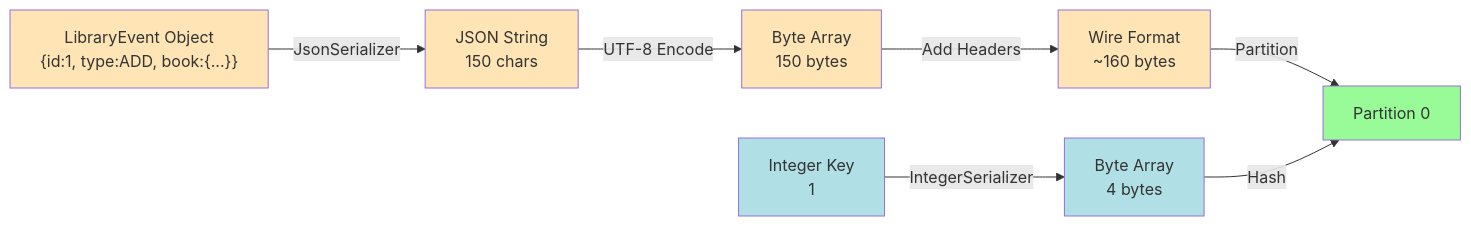
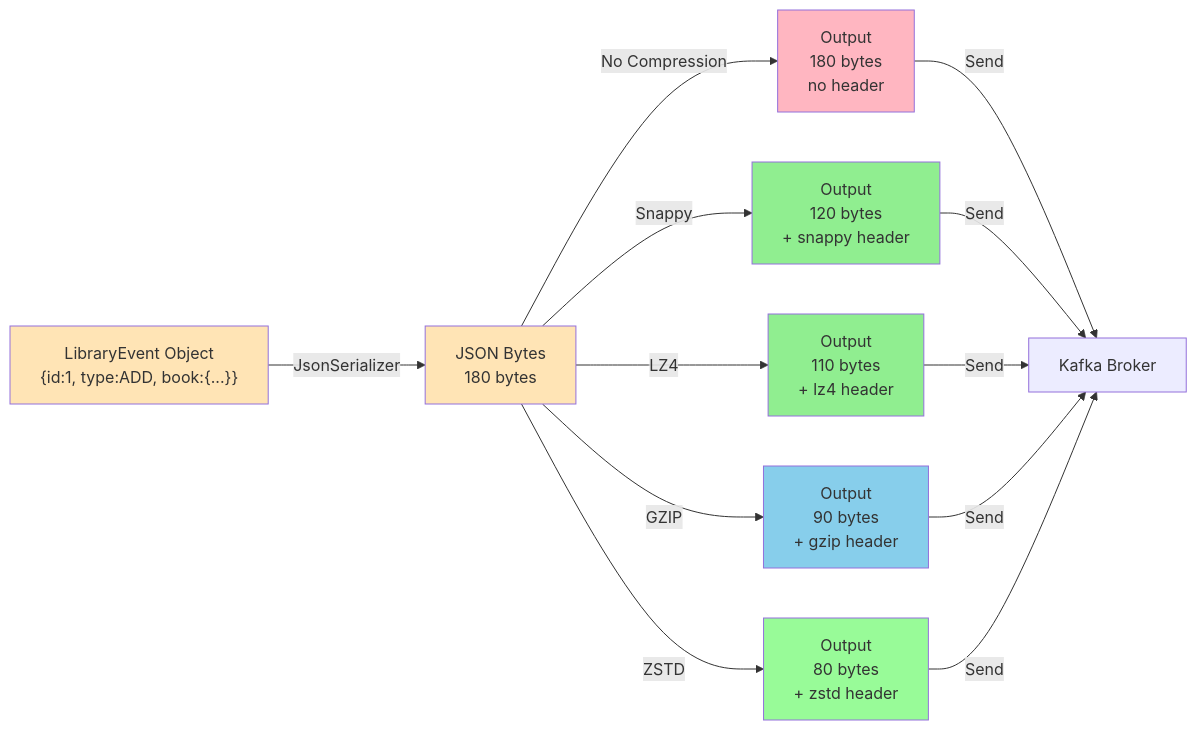
The ninth of 18 diagrams in library-events-producer-v2/docs/4_KAFKA_TEMPLATE_GUIDE.md (dilipsundarraj1/kafka-for-developers-using-spring-boot-v2), drawn with Mermaid before and after one commit. The commit also changed other lines of this file and 2 other files, not shown here.

Commit message:
feat: update project name to library-events-consumer-v2 and add Kafka error handling documentation

````diff
--- a/library-events-producer-v2/docs/4_KAFKA_TEMPLATE_GUIDE.md
+++ b/library-events-producer-v2/docs/4_KAFKA_TEMPLATE_GUIDE.md
@@ -1669,19 +1933,24 @@
 ```mermaid
 graph LR
-    A["LibraryEvent Object<br/>{id:1, type:ADD, book:{...}}"] -->|JsonSerializer| B["JSON String<br/>150 chars"]
-    B -->|UTF-8 Encode| C["Byte Array<br/>150 bytes"]
-    C -->|Add Headers| D["Wire Format<br/>~160 bytes"]
+    A["LibraryEvent Object<br/>{id:1, type:ADD, book:{...}}"] -->|JsonSerializer| B["JSON Bytes<br/>180 bytes"]
+    B -->|No Compression| C1["Output<br/>180 bytes<br/>no header"]
     
-    E["Integer Key<br/>1"] -->|IntegerSerializer| F["Byte Array<br/>4 bytes"]
+    B -->|Snappy| C2["Output<br/>120 bytes<br/>+ snappy header"]
+    B -->|LZ4| C3["Output<br/>110 bytes<br/>+ lz4 header"]
+    B -->|GZIP| C4["Output<br/>90 bytes<br/>+ gzip header"]
+    B -->|ZSTD| C5["Output<br/>80 bytes<br/>+ zstd header"]
     
-    D -->|Partition| G["Partition 0"]
-    F -->|Hash| G
+    C1 -->|Send| D["Kafka Broker"]
+    C2 -->|Send| D
+    C3 -->|Send| D
+    C4 -->|Send| D
+    C5 -->|Send| D
     
     style A fill:#FFE4B5
     style B fill:#FFE4B5
-    style C fill:#FFE4B5
-    style D fill:#FFE4B5
-    style E fill:#B0E0E6
-    style F fill:#B0E0E6
-    style G fill:#98FB98
+    style C1 fill:#FFB6C1
+    style C2 fill:#90EE90
+    style C3 fill:#90EE90
+    style C4 fill:#87CEEB
+    style C5 fill:#98FB98
 ```
````
